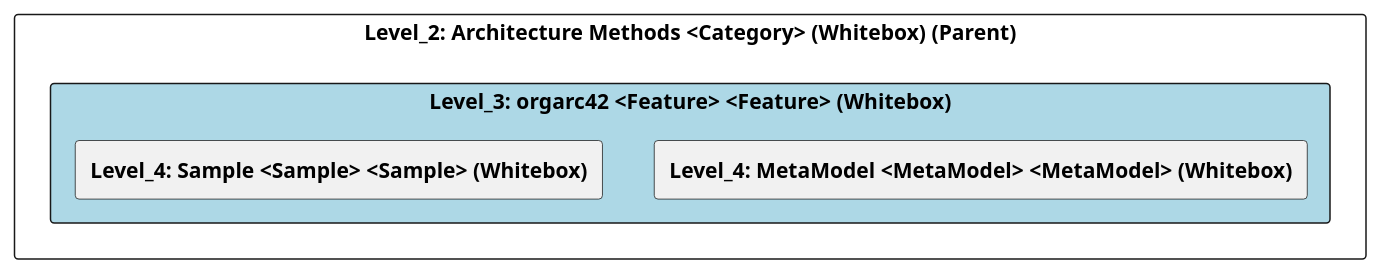
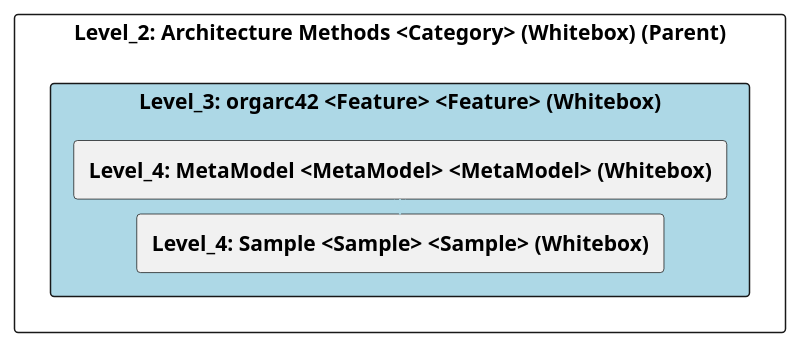
One commit to marcozwyssig/cleon changed the diagram in doc/cleonproject_deliverables_architecture_model_architecture/adoc/de/05_bausteinsicht/cleon/architecture_methods/orgarc42/ebene_3_orgarc42.adoc. Above: the diagram before and after it, drawn with PlantUML. The commit also changed other lines of this file and 187 other files, not shown here.

```diff
--- a/doc/cleonproject_deliverables_architecture_model_architecture/adoc/de/05_bausteinsicht/cleon/architecture_methods/orgarc42/ebene_3_orgarc42.adoc
+++ b/doc/cleonproject_deliverables_architecture_model_architecture/adoc/de/05_bausteinsicht/cleon/architecture_methods/orgarc42/ebene_3_orgarc42.adoc
@@ -20,25 +20,28 @@
 [plantuml, Level_3: orgarc42 <Feature> <Feature> (Whitebox)BlockOverview, format="svg"]
 ----
 @startuml Level_3: orgarc42 <Feature> <Feature> (Whitebox)BuildingBlockOverview
 
 skinparam ranksep 10
 skinparam componentStyle rectangle
 skinparam shadowing false
 skinparam arrowColor lightblue
 skinparam arrowThickness 1.2
 skinparam rectangle {
   BackgroundColor White
   BorderColor #333
   RoundCorner 10
 }
 top to bottom direction
 
 component "Level_2: Architecture Methods <Category> (Whitebox) (Parent)" {
     component "Level_3: orgarc42 <Feature> <Feature> (Whitebox)" #lightblue {
         [**Level_4: MetaModel <MetaModel> <MetaModel> (Whitebox)**] as 4A56DE4B_D579_11EE_903E_9F564E4DE07E
         [**Level_4: Sample <Sample> <Sample> (Whitebox)**] as 4A570578_D579_11EE_903E_9F564E4DE07E
     }
+
+    4A56DE4B_D579_11EE_903E_9F564E4DE07E -down-> 4A570578_D579_11EE_903E_9F564E4DE07E
+    
 }
 
 @enduml
 ----
```
